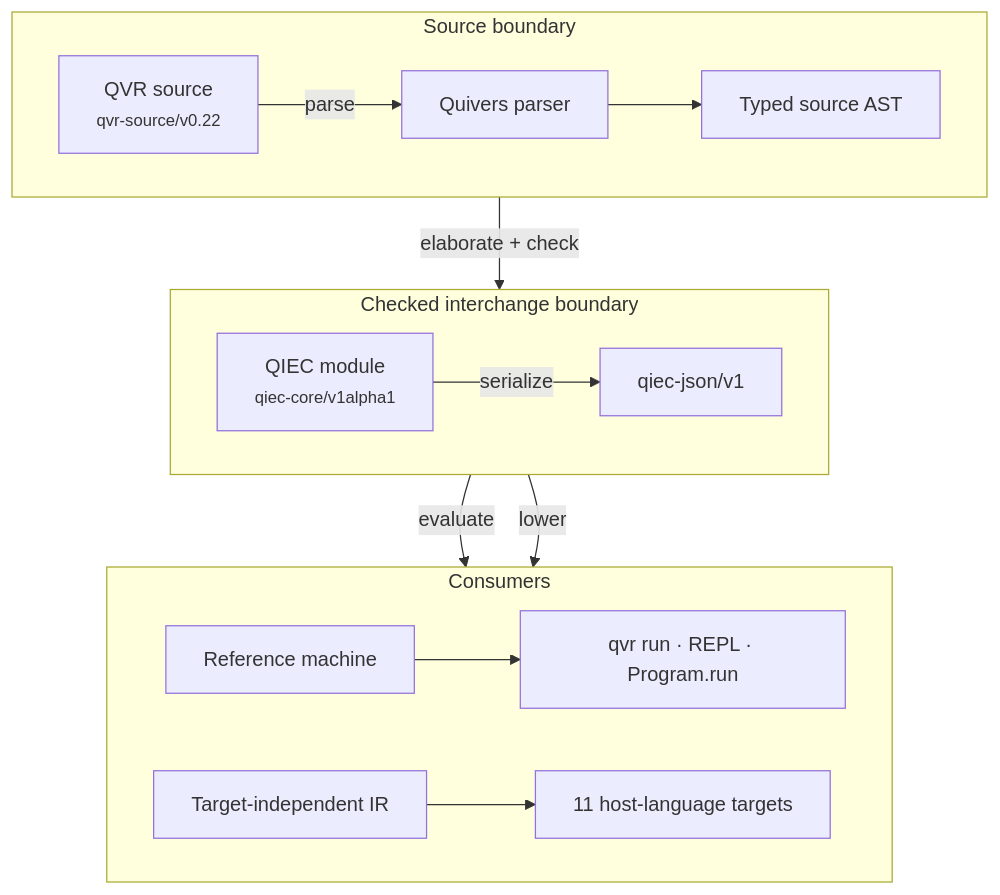
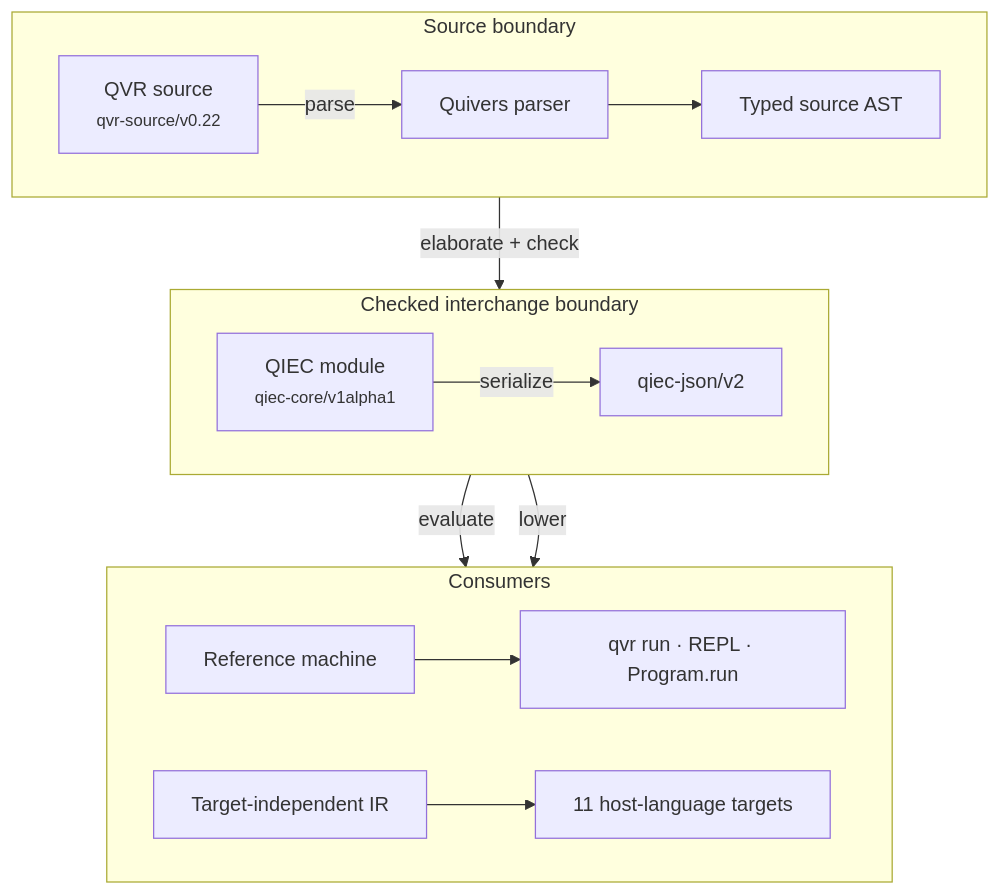
Before and after one commit to quivers-dev/quivers: the diagram in docs/reference/qvr/index.md, drawn with Mermaid. The commit also changed 4 other files, not shown here.

````diff
--- a/docs/reference/qvr/index.md
+++ b/docs/reference/qvr/index.md
@@ -180,20 +180,20 @@
 ```mermaid
 flowchart TB
     subgraph AUTHOR["Source boundary"]
         direction LR
         S["QVR source<br/><small>qvr-source/v0.22</small>"] -->|parse| P["Quivers parser"] --> A["Typed source AST"]
     end
     subgraph CORE["Checked interchange boundary"]
         direction LR
         A -->|elaborate + check| Q["QIEC module<br/><small>qiec-core/v1alpha1</small>"]
-        Q -->|serialize| J["qiec-json/v1"]
+        Q -->|serialize| J["qiec-json/v2"]
     end
     subgraph CONSUMERS["Consumers"]
         direction LR
         Q -->|evaluate| R["Reference machine"] --> C["qvr run · REPL · Program.run"]
         Q -->|lower| T["Target-independent IR"] --> H["11 host-language targets"]
     end
     class S qv-input
     class P,A,Q,J,T qv-checked
     class R,C,H qv-output
 ```
````
